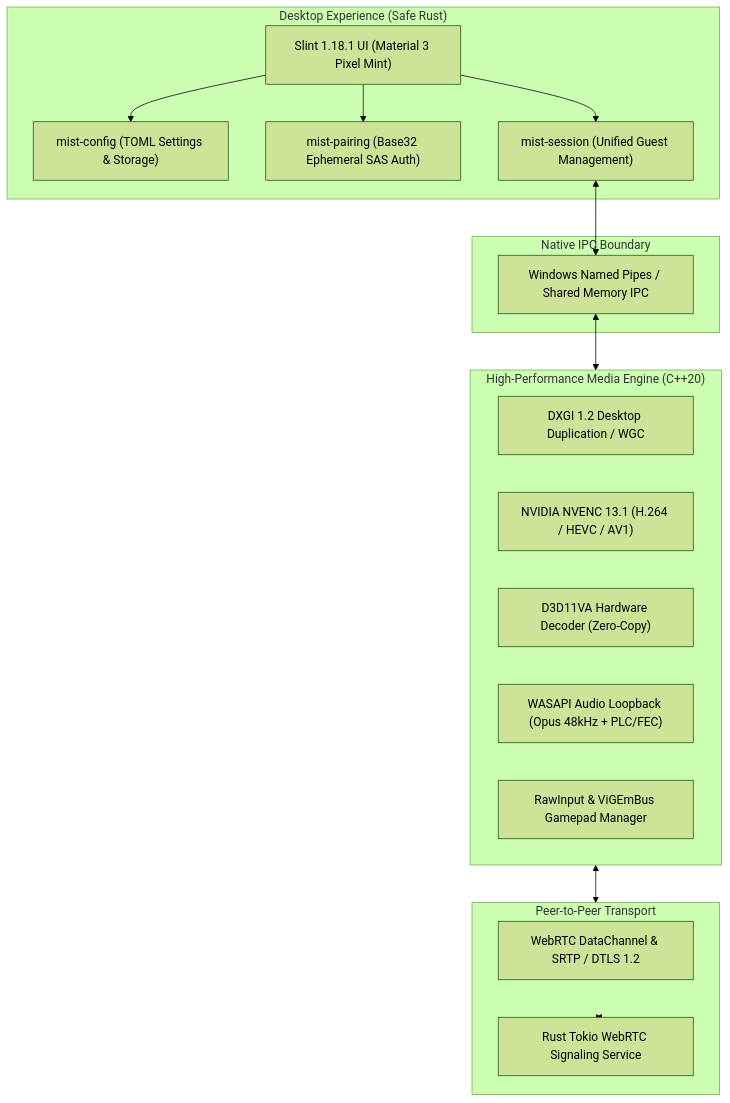
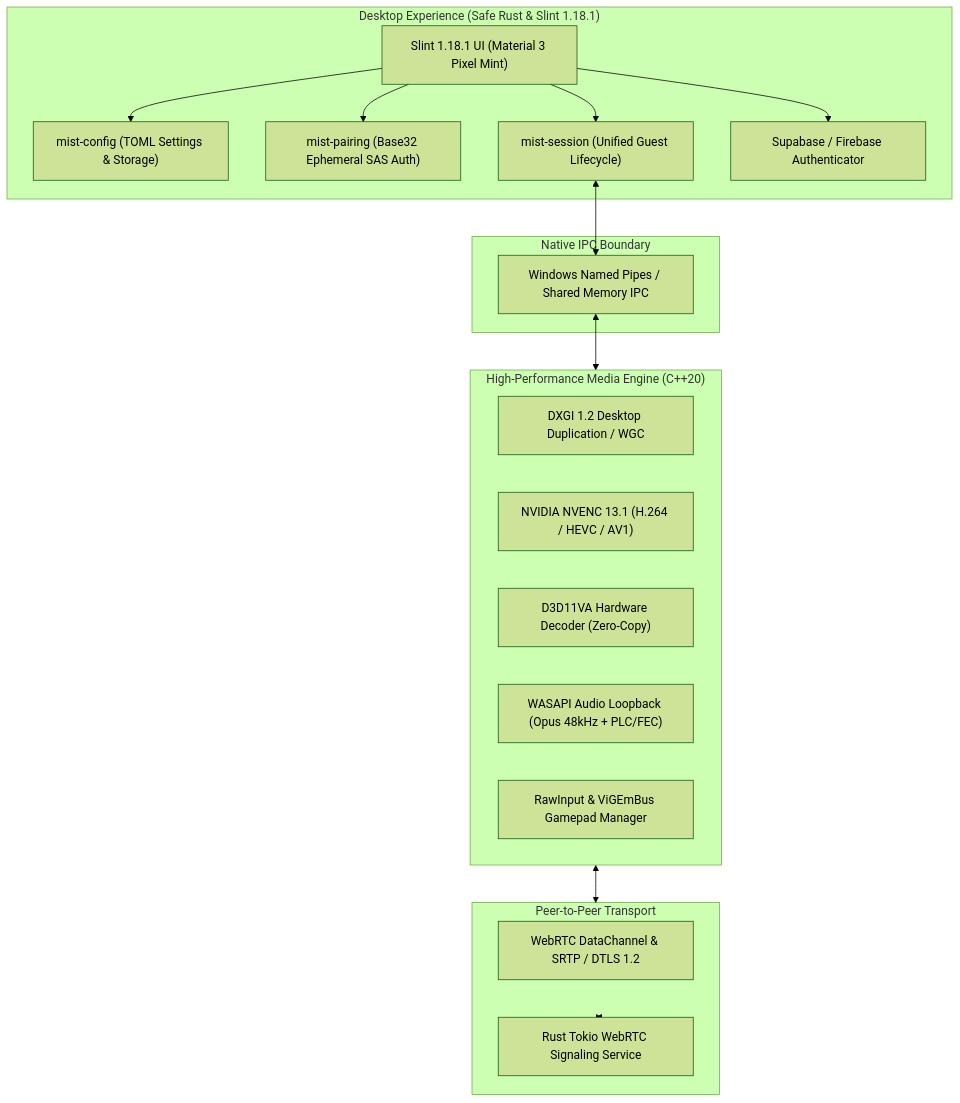
Before and after one commit to Looka-info/mist: the diagram in README.md, drawn with Mermaid (forest theme). The commit also changed other lines of this file and 68 other files, not shown here.

````diff
--- a/README.md
+++ b/README.md
@@ -29,34 +30,36 @@
 ```mermaid
 flowchart TD
-    subgraph UI ["Desktop Experience (Safe Rust)"]
+    subgraph UI ["Desktop Experience (Safe Rust & Slint 1.18.1)"]
         Slint["Slint 1.18.1 UI (Material 3 Pixel Mint)"]
         Config["mist-config (TOML Settings & Storage)"]
         Pairing["mist-pairing (Base32 Ephemeral SAS Auth)"]
-        Session["mist-session (Unified Guest Management)"]
+        Session["mist-session (Unified Guest Lifecycle)"]
+        Auth["Supabase / Firebase Authenticator"]
     end
 
     subgraph IPC ["Native IPC Boundary"]
         NamedPipes["Windows Named Pipes / Shared Memory IPC"]
     end
 
     subgraph Engine ["High-Performance Media Engine (C++20)"]
         Capture["DXGI 1.2 Desktop Duplication / WGC"]
         Encoder["NVIDIA NVENC 13.1 (H.264 / HEVC / AV1)"]
         Decoder["D3D11VA Hardware Decoder (Zero-Copy)"]
         Audio["WASAPI Audio Loopback (Opus 48kHz + PLC/FEC)"]
         Input["RawInput & ViGEmBus Gamepad Manager"]
     end
 
     subgraph Transport ["Peer-to-Peer Transport"]
         WebRTC["WebRTC DataChannel & SRTP / DTLS 1.2"]
         Signaling["Rust Tokio WebRTC Signaling Service"]
     end
 
     Slint --> Config
     Slint --> Pairing
     Slint --> Session
+    Slint --> Auth
     Session <--> NamedPipes
     NamedPipes <--> Engine
     Engine <--> Transport
     Transport <--> Signaling
 ```
````
